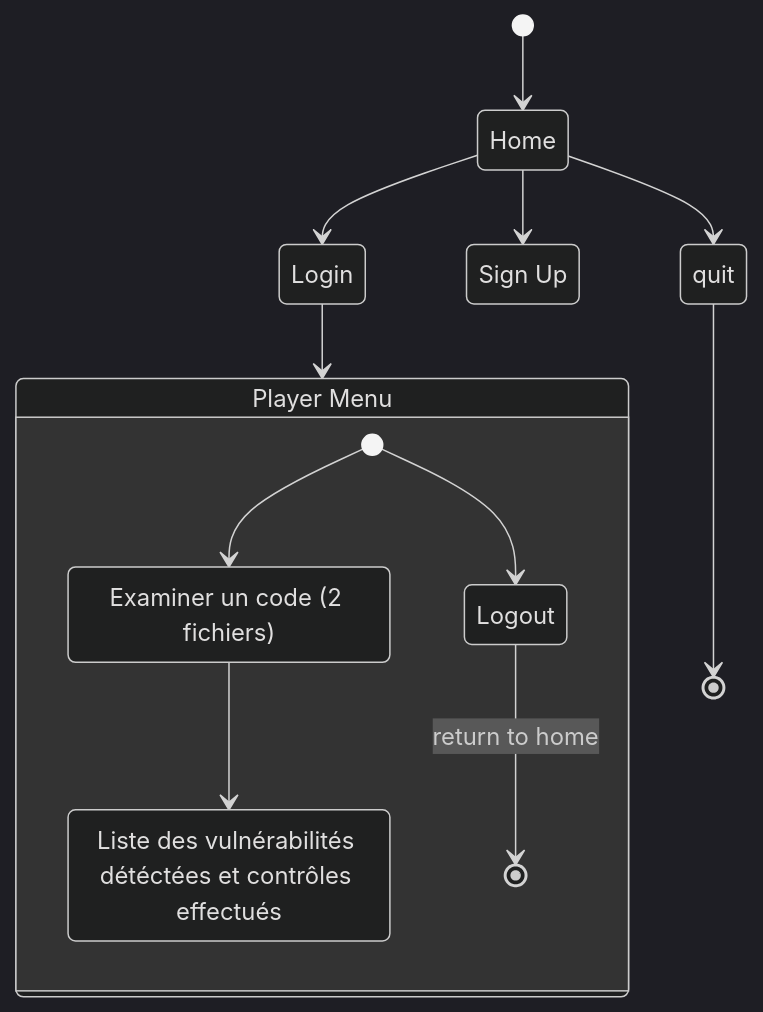
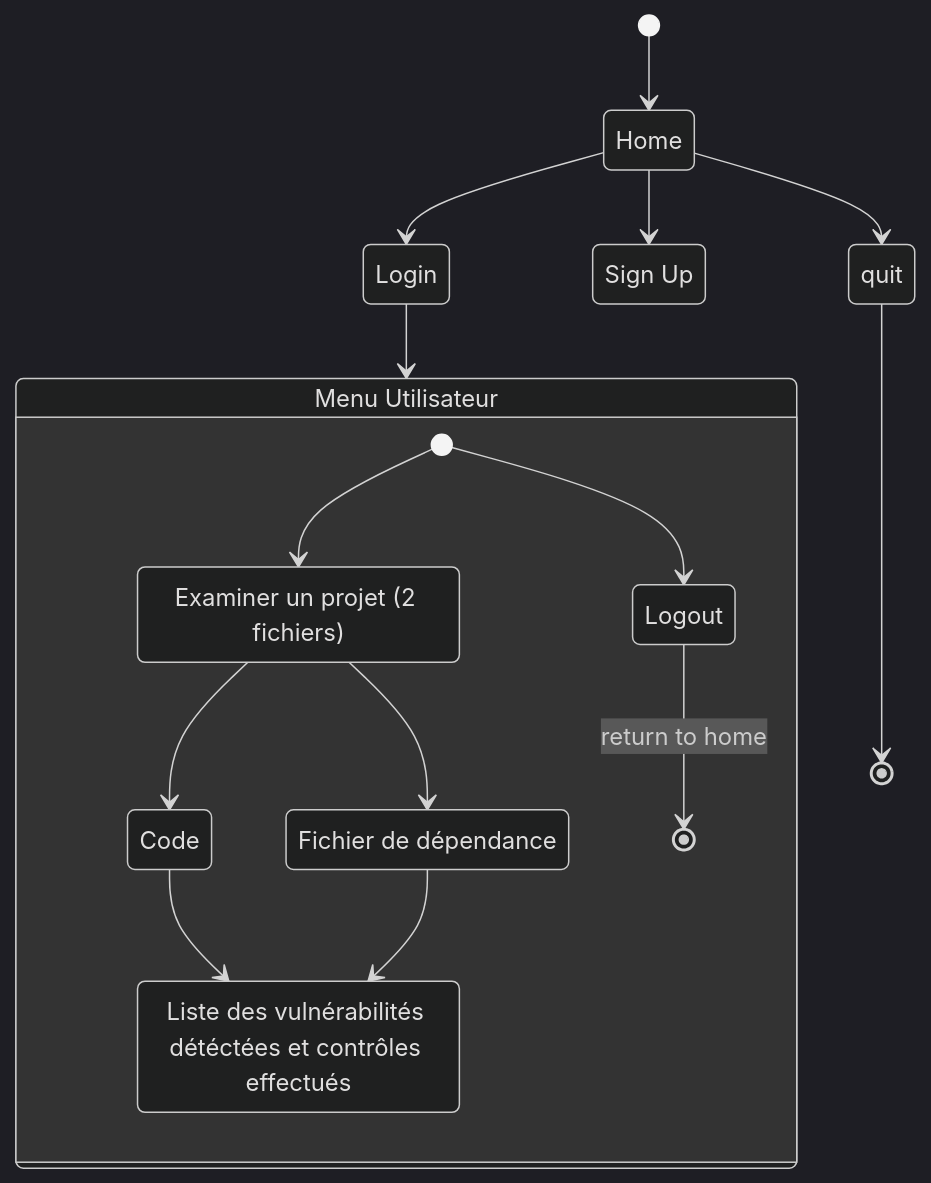
The diagram in doc/activity_diagram.md (galahade-ncl/ensai-it-project-2a-team34), drawn with Mermaid (dark theme) before and after one commit. The commit also changed 2 other files, not shown here.

Commit message:
fix : distinction des fichiers de code et de dépendance dans un projet

````diff
--- a/doc/activity_diagram.md
+++ b/doc/activity_diagram.md
@@ -19,26 +19,31 @@
 ```mermaid
 stateDiagram
     login : Login
-    menu_player : Player Menu
+    menu_player : Menu Utilisateur
     signup : Sign Up
-    code_check : Examiner un code (2 fichiers)
+    code_check : Examiner un projet (2 fichiers)
+    fichier_1 : Code
+    fichier_2 : Fichier de dépendance
     vulnerability_list : Liste des vulnérabilités détéctées et contrôles effectués
     logout : Logout
     
     [*] --> Home
     
     Home --> login
     login --> menu_player
     
     Home --> signup
     
     Home --> quit
     quit --> [*]
     
     state menu_player {
     	[*] --> code_check
-        code_check --> vulnerability_list
+        code_check --> fichier_1
+          fichier_1 --> vulnerability_list
+        code_check --> fichier_2
+          fichier_2 --> vulnerability_list
     	[*] --> logout
         logout --> [*]: return to home
     }
 ```
````
